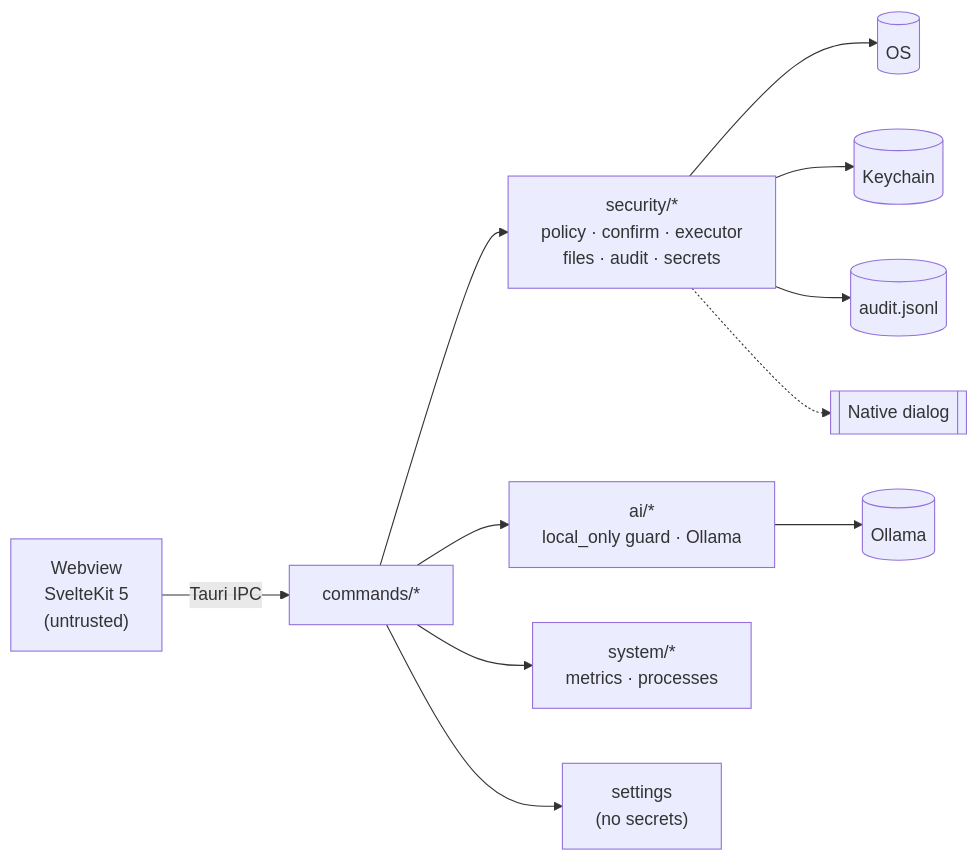
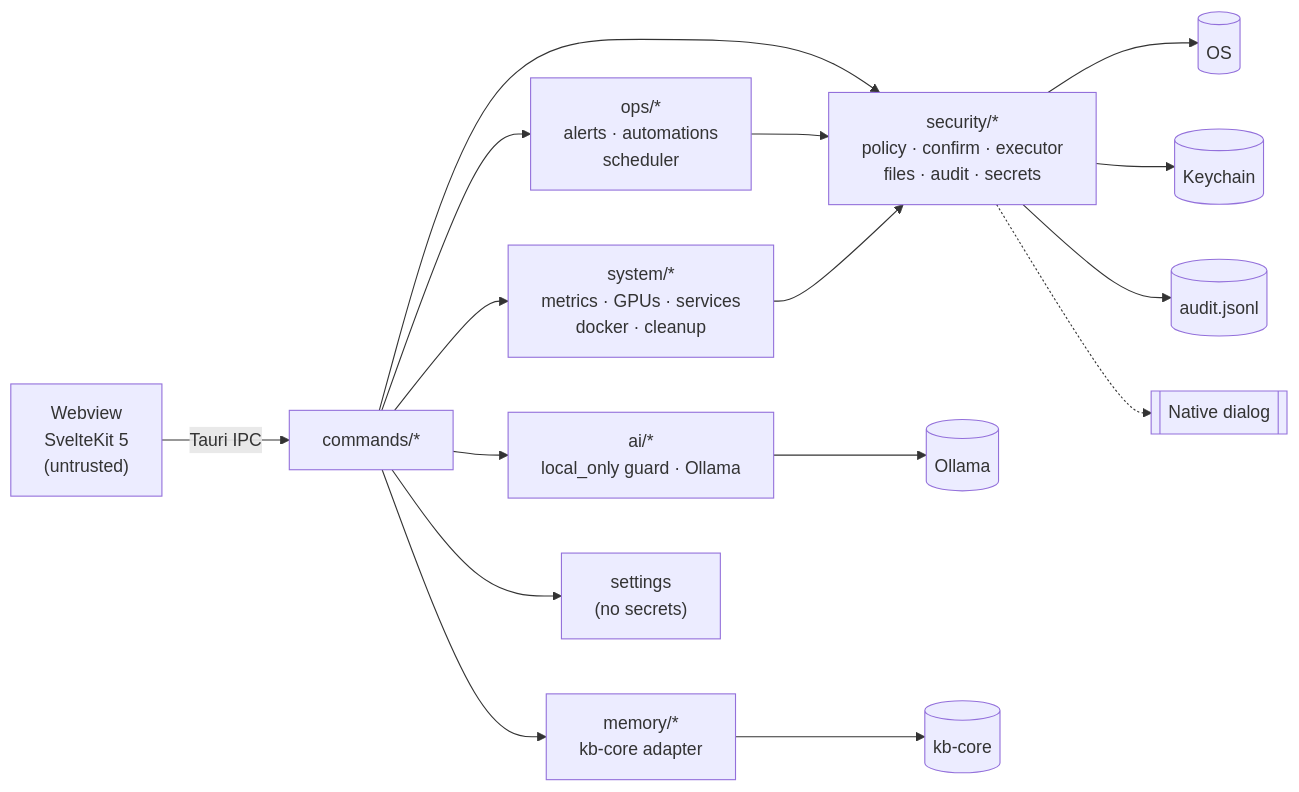
Before and after one commit to paulmmoore3416/omnix-ai-desktop: the diagram in README.md, drawn with Mermaid. The commit also changed other lines of this file and 70 other files, not shown here.

````diff
--- a/README.md
+++ b/README.md
@@ -158,13 +163,18 @@
 ```mermaid
 flowchart LR
     UI["Webview<br/>SvelteKit 5<br/>(untrusted)"] -- "Tauri IPC" --> CMD["commands/*"]
     CMD --> SEC["security/*<br/>policy · confirm · executor<br/>files · audit · secrets"]
     CMD --> AI["ai/*<br/>local_only guard · Ollama"]
-    CMD --> SYS["system/*<br/>metrics · processes"]
+    CMD --> SYS["system/*<br/>metrics · GPUs · services<br/>docker · cleanup"]
+    CMD --> OPS["ops/*<br/>alerts · automations<br/>scheduler"]
+    CMD --> MEM["memory/*<br/>kb-core adapter"]
     CMD --> SET["settings<br/>(no secrets)"]
     SEC --> OS[(OS)]
     SEC --> KC[(Keychain)]
     SEC --> LOG[(audit.jsonl)]
     SEC -.-> DLG[[Native dialog]]
     AI --> OL[(Ollama)]
+    MEM --> KB[(kb-core)]
+    OPS --> SEC
+    SYS --> SEC
 ```
````
